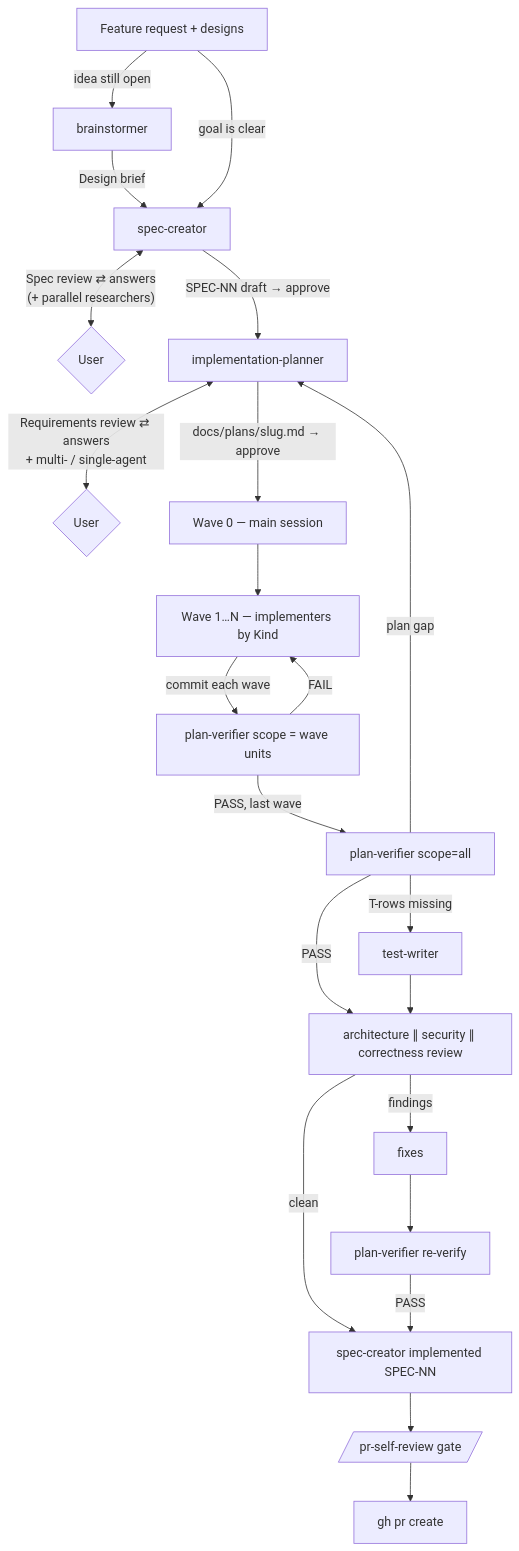
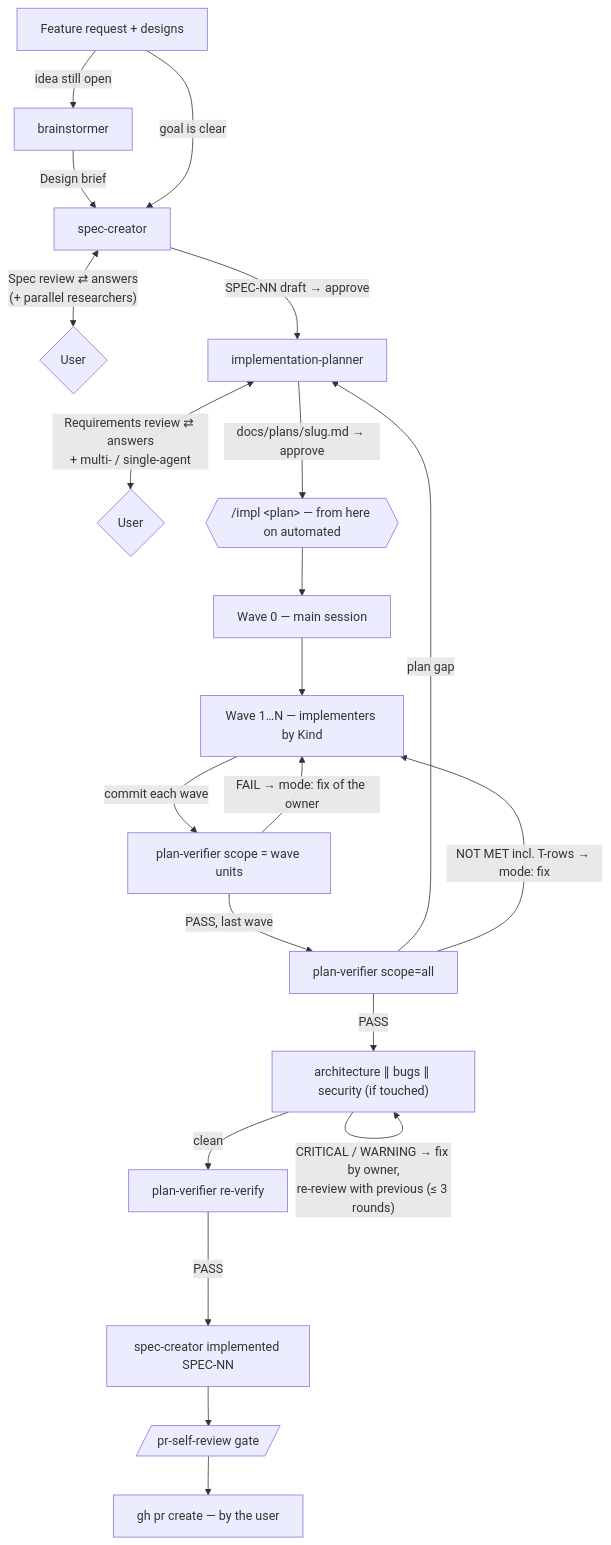
One commit to humen-dev/dev-digest changed the diagram in docs/sdd-workflow.md. Above: the diagram before and after it, drawn with Mermaid. The commit also changed other lines of this file and 13 other files, not shown here.

First line of the commit message:
feat(skills): /impl command — build an approved plan end to end

````diff
--- a/docs/sdd-workflow.md
+++ b/docs/sdd-workflow.md
@@ -31,22 +31,22 @@
 ```mermaid
 flowchart TD
   F[Feature request + designs] -->|idea still open| B[brainstormer]
   B -->|Design brief| S[spec-creator]
   F -->|goal is clear| S
   S <-->|"Spec review ⇄ answers<br/>(+ parallel researchers)"| U1{User}
   S -->|"SPEC-NN draft → approve"| P[implementation-planner]
   P <-->|"Requirements review ⇄ answers<br/>+ multi- / single-agent"| U2{User}
-  P -->|"docs/plans/slug.md → approve"| W0[Wave 0 — main session]
+  P -->|"docs/plans/slug.md → approve"| IMPL{{"/impl &lt;plan&gt; — from here on automated"}}
+  IMPL --> W0[Wave 0 — main session]
   W0 --> W[Wave 1…N — implementers by Kind]
   W -->|commit each wave| V[plan-verifier scope = wave units]
-  V -->|FAIL| W
+  V -->|"FAIL → mode: fix of the owner"| W
   V -->|PASS, last wave| VA[plan-verifier scope=all]
   VA -->|plan gap| P
-  VA -->|T-rows missing| TW[test-writer]
-  VA -->|PASS| R["architecture ∥ security ∥ correctness review"]
-  TW --> R
-  R -->|findings| FX[fixes] --> RV[plan-verifier re-verify]
-  R -->|clean| SC[spec-creator implemented SPEC-NN]
-  RV -->|PASS| SC
-  SC --> G[/pr-self-review gate/] --> PR[gh pr create]
+  VA -->|"NOT MET incl. T-rows → mode: fix"| W
+  VA -->|PASS| R["architecture ∥ bugs ∥ security (if touched)"]
+  R -->|"CRITICAL / WARNING → fix by owner,<br/>re-review with previous (≤ 3 rounds)"| R
+  R -->|clean| RV[plan-verifier re-verify]
+  RV -->|PASS| SC[spec-creator implemented SPEC-NN]
+  SC --> G[/pr-self-review gate/] --> PR[gh pr create — by the user]
 ```
````
